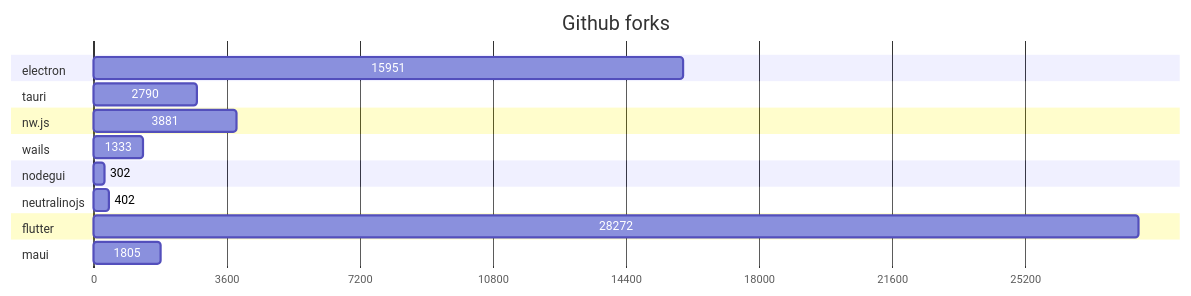
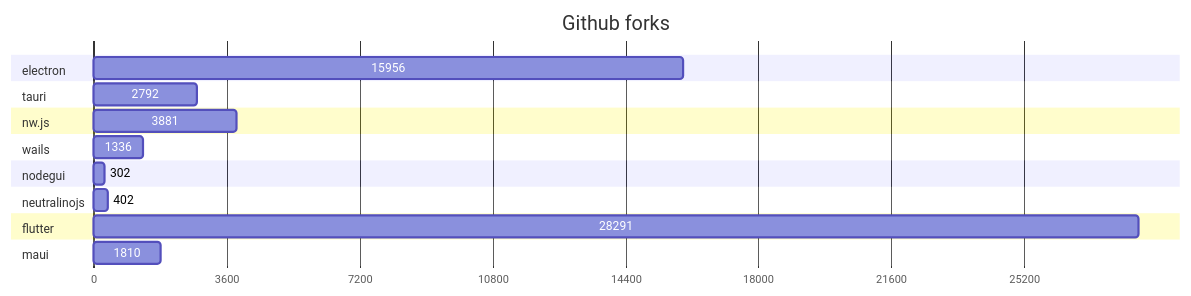
One commit to Elanis/web-to-desktop-framework-comparison changed the second of 2 diagrams in GRAPHS.md. Above: the diagram before and after it, drawn with Mermaid. The commit also changed other lines of this file and 2 other files, not shown here.

````diff
--- a/GRAPHS.md
+++ b/GRAPHS.md
@@ -47,40 +47,40 @@
 ```mermaid
 gantt
     title Github forks
     dateFormat  X
     axisFormat %s
 
 
 	section electron
-	15951 : 0, 15951
+	15956 : 0, 15956
 
 	
 	section tauri
-	2790 : 0, 2790
+	2792 : 0, 2792
 
 	
 	section nw.js
 	3881 : 0, 3881
 
 	
 	section wails
-	1333 : 0, 1333
+	1336 : 0, 1336
 
 	
 	section nodegui
 	302 : 0, 302
 
 	
 	section neutralinojs
 	402 : 0, 402
 
 	
 	section flutter
-	28272 : 0, 28272
+	28291 : 0, 28291
 
 	
 	section maui
-	1805 : 0, 1805
+	1810 : 0, 1810
 
 	
 ```
````
